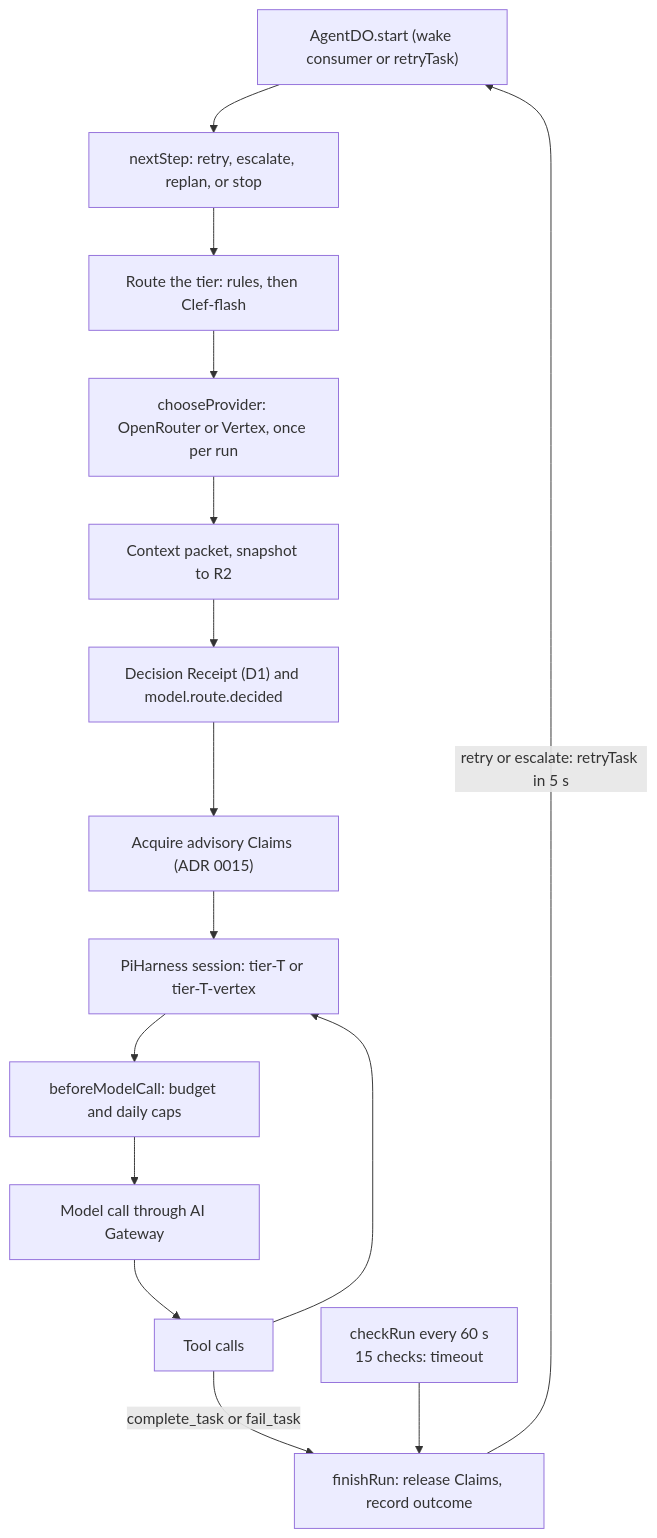
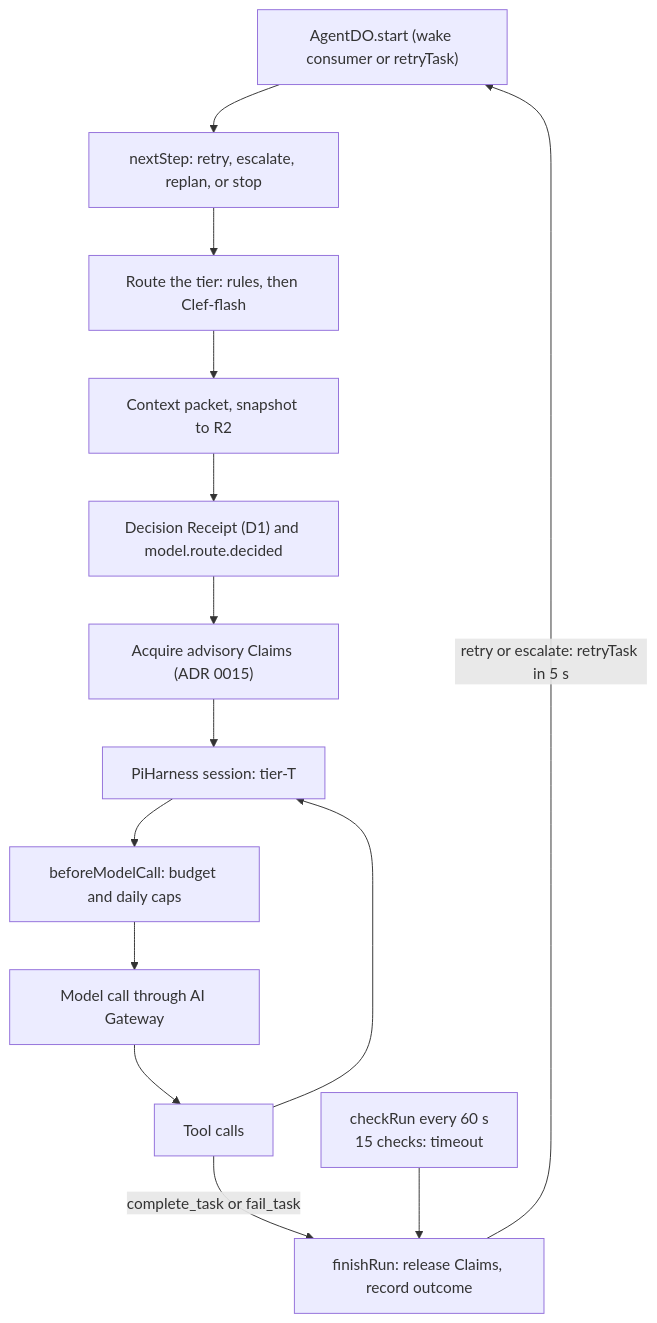
Before and after one commit to nsudhanva/rhumbatron: the diagram in docs/adr/0009-agentdo-pi-harness.md, drawn with Mermaid. The commit also changed other lines of this file and 25 other files, not shown here.

````diff
--- a/docs/adr/0009-agentdo-pi-harness.md
+++ b/docs/adr/0009-agentdo-pi-harness.md
@@ -47,17 +44,16 @@
 ```mermaid
 flowchart TD
   wake["AgentDO.start (wake consumer or retryTask)"] --> step["nextStep: retry, escalate, replan, or stop"]
   step --> route["Route the tier: rules, then Clef-flash"]
-  route --> prov["chooseProvider: OpenRouter or Vertex, once per run"]
-  prov --> ctx["Context packet, snapshot to R2"]
+  route --> ctx["Context packet, snapshot to R2"]
   ctx --> rcpt["Decision Receipt (D1) and model.route.decided"]
   rcpt --> claims["Acquire advisory Claims (ADR 0015)"]
-  claims --> pi["PiHarness session: tier-T or tier-T-vertex"]
+  claims --> pi["PiHarness session: tier-T"]
   pi --> gate["beforeModelCall: budget and daily caps"]
   gate --> mcall["Model call through AI Gateway"]
   mcall --> tools["Tool calls"]
   tools --> pi
   tools -- "complete_task or fail_task" --> finish["finishRun: release Claims, record outcome"]
   check["checkRun every 60 s<br/>15 checks: timeout"] --> finish
   finish -- "retry or escalate: retryTask in 5 s" --> wake
 ```
````
